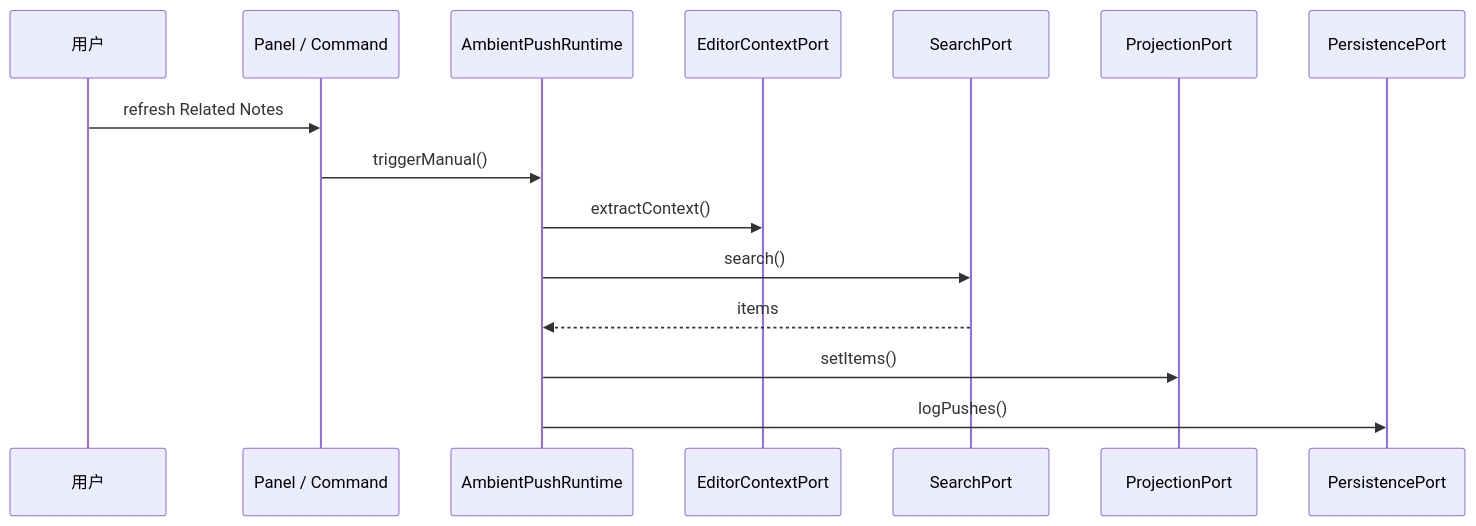
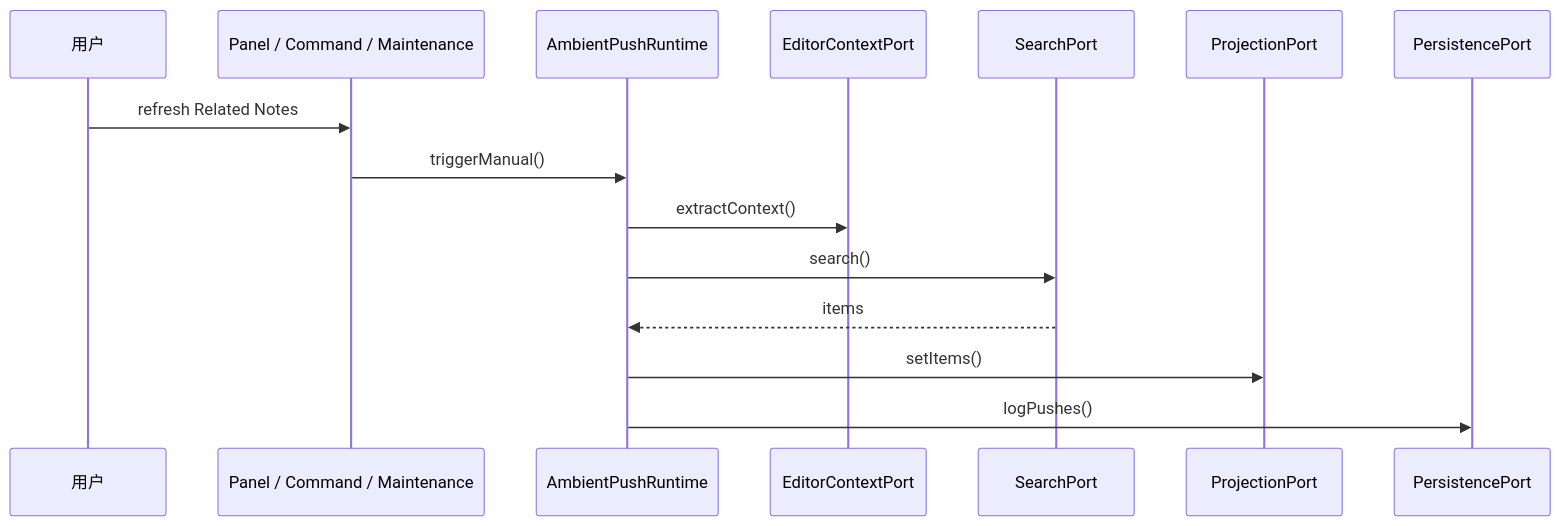
Before and after one commit to highestpeak/obsidian-peak-assistant: the fifth of 7 diagrams in docs/superpowers/audits/2026-06-13-t8-owner-review-packet.md, drawn with Mermaid. The commit also changed other lines of this file and 2 other files, not shown here.

````diff
--- a/docs/superpowers/audits/2026-06-13-t8-owner-review-packet.md
+++ b/docs/superpowers/audits/2026-06-13-t8-owner-review-packet.md
@@ -243,18 +251,18 @@
 ```mermaid
 sequenceDiagram
   participant User as 用户
-  participant UI as Panel / Command
+  participant UI as Panel / Command / Maintenance
   participant Runtime as AmbientPushRuntime
   participant Editor as EditorContextPort
   participant Search as SearchPort
   participant Projection as ProjectionPort
   participant Persistence as PersistencePort
 
   User->>UI: refresh Related Notes
   UI->>Runtime: triggerManual()
   Runtime->>Editor: extractContext()
   Runtime->>Search: search()
   Search-->>Runtime: items
   Runtime->>Projection: setItems()
   Runtime->>Persistence: logPushes()
 ```
````
